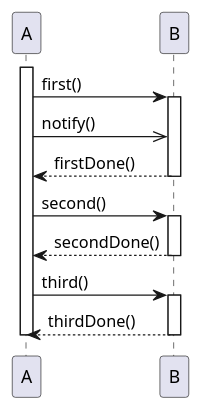
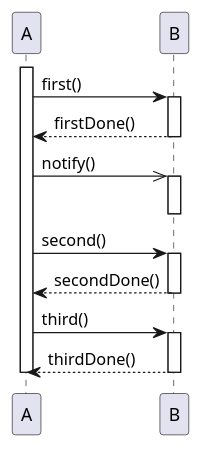
Before and after one commit to SuperPyonchiX/NextDesign_Script: the diagram in SequenceImportProbe/samples/probe-async.puml, drawn with PlantUML. The commit also changed 15 other files, not shown here.

```diff
--- a/SequenceImportProbe/samples/probe-async.puml
+++ b/SequenceImportProbe/samples/probe-async.puml
@@ -1,19 +1,21 @@
 @startuml
 participant A
 participant B
 activate A
 A -> B : first()
 activate B
+B --> A : firstDone()
+deactivate B
 A ->> B : notify()
-B --> A : firstDone()
+activate B
 deactivate B
 A -> B : second()
 activate B
 B --> A : secondDone()
 deactivate B
 A -> B : third()
 activate B
 B --> A : thirdDone()
 deactivate B
 deactivate A
 @enduml
```
